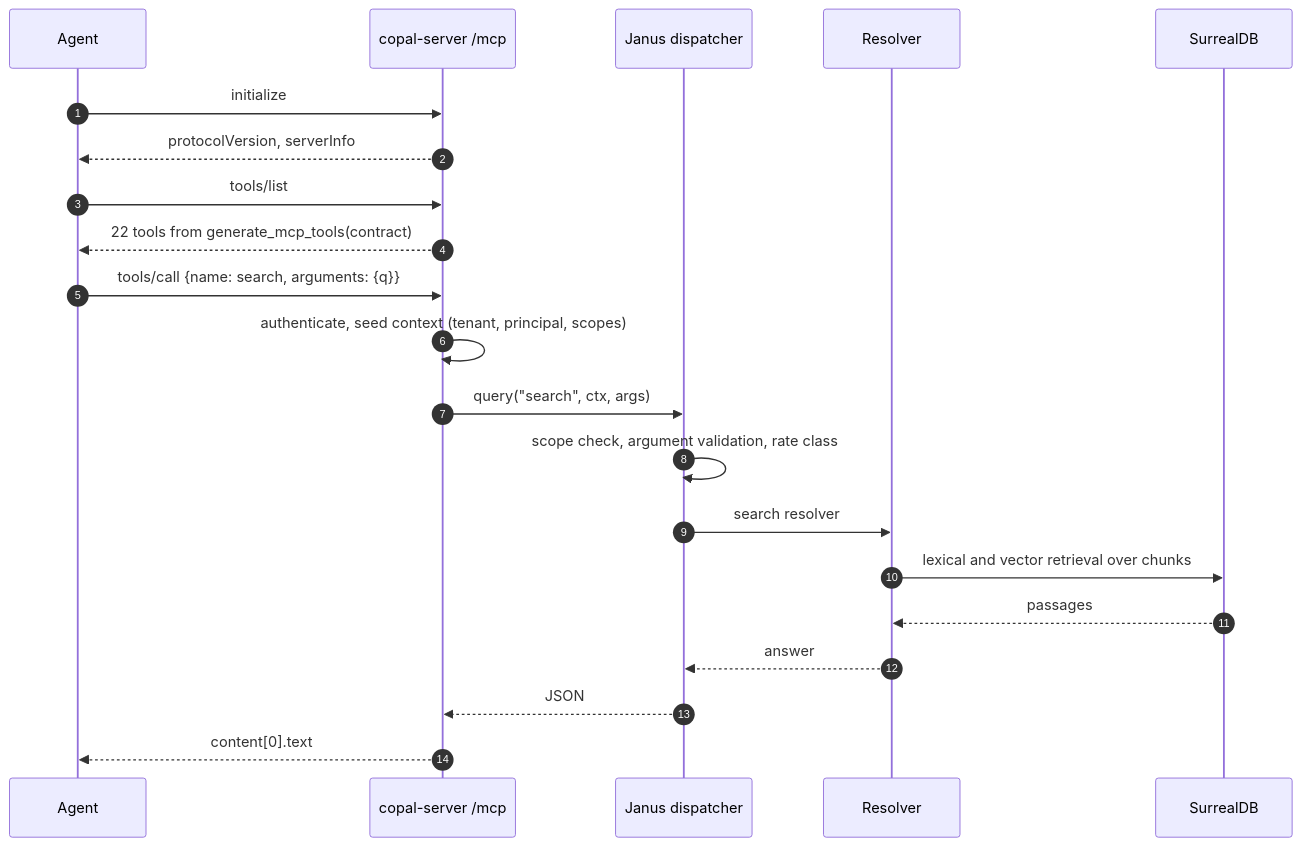
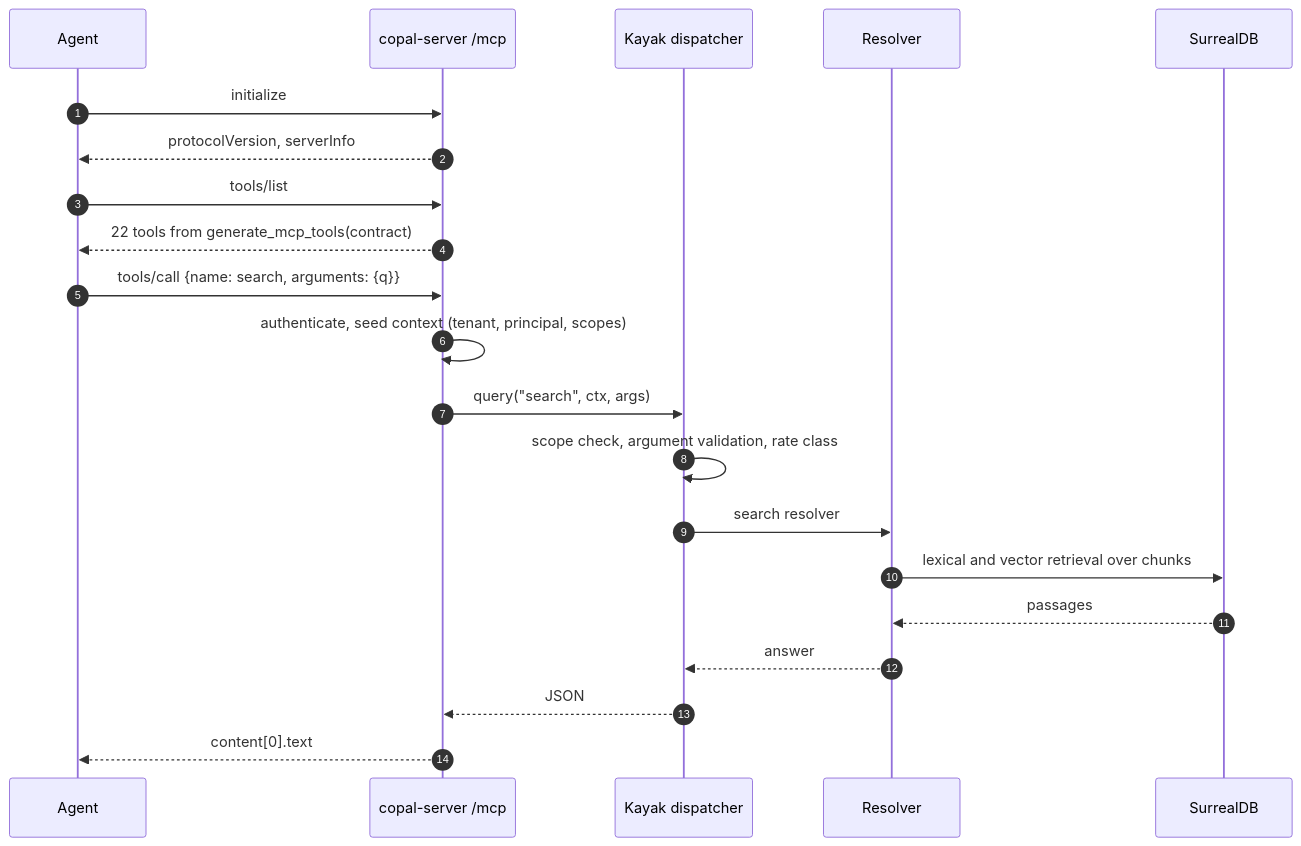
The third of 7 diagrams in docs/sequences.md (Oneiriq/copal), drawn with Mermaid before and after one commit. The commit also changed other lines of this file and 37 other files, not shown here.

````diff
--- a/docs/sequences.md
+++ b/docs/sequences.md
@@ -89,24 +89,24 @@
 ```mermaid
 sequenceDiagram
     autonumber
     participant A as Agent
     participant S as copal-server /mcp
-    participant D as Janus dispatcher
+    participant D as Kayak dispatcher
     participant R as Resolver
     participant M as SurrealDB
 
     A->>S: initialize
     S-->>A: protocolVersion, serverInfo
     A->>S: tools/list
     S-->>A: 22 tools from generate_mcp_tools(contract)
     A->>S: tools/call {name: search, arguments: {q}}
     S->>S: authenticate, seed context (tenant, principal, scopes)
     S->>D: query("search", ctx, args)
     D->>D: scope check, argument validation, rate class
     D->>R: search resolver
     R->>M: lexical and vector retrieval over chunks
     M-->>R: passages
     R-->>D: answer
     D-->>S: JSON
     S-->>A: content[0].text
 ```
````
